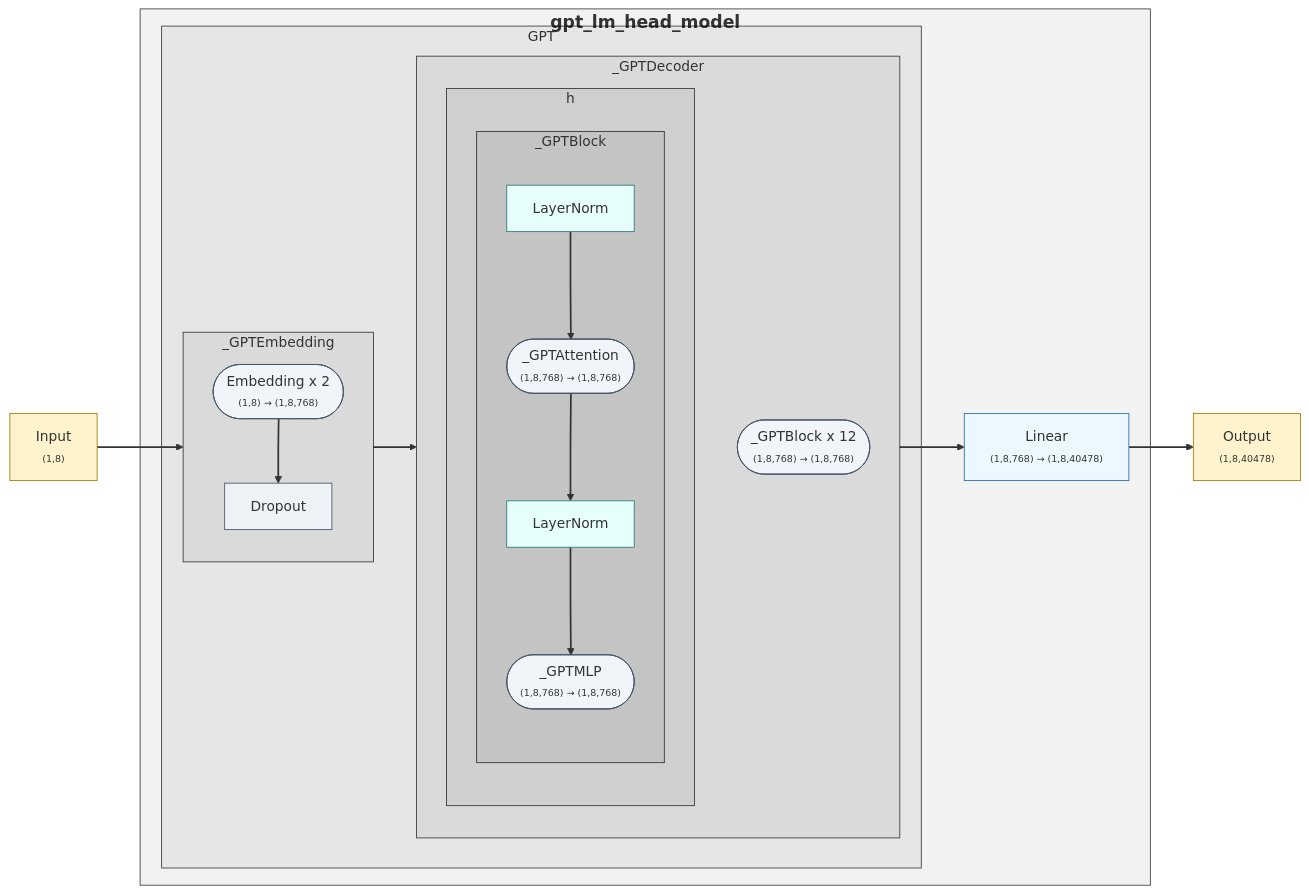
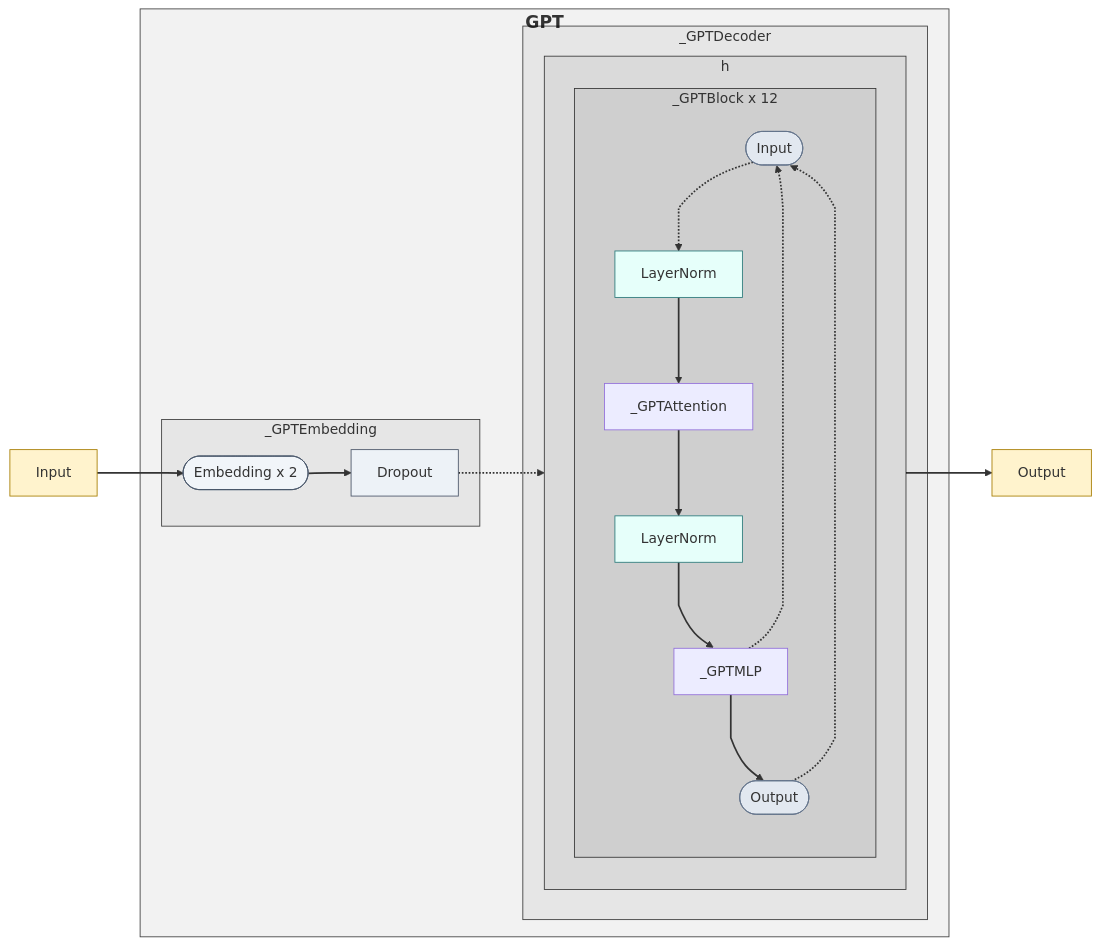
The diagram in docs/source/models/text/gpt/GPT.rst (ChanLumerico/lucid), drawn with Mermaid before and after one commit. The commit also changed 767 other files, not shown here.

```diff
--- a/docs/source/models/text/gpt/GPT.rst
+++ b/docs/source/models/text/gpt/GPT.rst
@@ -22,56 +22,52 @@
 .. mermaid::
     :name: GPT
 
     %%{init: {"flowchart":{"curve":"monotoneX","nodeSpacing":50,"rankSpacing":50}} }%%
     flowchart LR
     linkStyle default stroke-width:2.0px
-    subgraph sg_m0["<span style='font-size:20px;font-weight:700'>gpt_lm_head_model</span>"]
+    subgraph sg_m0["<span style='font-size:20px;font-weight:700'>GPT</span>"]
     style sg_m0 fill:#000000,fill-opacity:0.05,stroke:#000000,stroke-opacity:0.75,stroke-width:1px
-        subgraph sg_m1["GPT"]
+        subgraph sg_m1["_GPTEmbedding"]
         style sg_m1 fill:#000000,fill-opacity:0.05,stroke:#000000,stroke-opacity:0.75,stroke-width:1px
-        subgraph sg_m2["_GPTEmbedding"]
-            direction TB;
-        style sg_m2 fill:#000000,fill-opacity:0.05,stroke:#000000,stroke-opacity:0.75,stroke-width:1px
-            m3(["Embedding x 2<br/><span style='font-size:11px;color:#475569;font-weight:400'>(1,8) → (1,8,768)</span>"]);
-            m4["Dropout"];
+        m2(["Embedding x 2"]);
+        m3["Dropout"];
         end
-        subgraph sg_m5["_GPTDecoder"]
+        subgraph sg_m4["_GPTDecoder"]
+        style sg_m4 fill:#000000,fill-opacity:0.05,stroke:#000000,stroke-opacity:0.75,stroke-width:1px
+        subgraph sg_m5["h"]
             direction TB;
         style sg_m5 fill:#000000,fill-opacity:0.05,stroke:#000000,stroke-opacity:0.75,stroke-width:1px
-            subgraph sg_m6["h"]
+            subgraph sg_m6["_GPTBlock x 12"]
             direction TB;
             style sg_m6 fill:#000000,fill-opacity:0.05,stroke:#000000,stroke-opacity:0.75,stroke-width:1px
-                subgraph sg_m7["_GPTBlock"]
-                direction TB;
-                style sg_m7 fill:#000000,fill-opacity:0.05,stroke:#000000,stroke-opacity:0.75,stroke-width:1px
-                    m8["LayerNorm"];
-                    m9(["_GPTAttention<br/><span style='font-size:11px;font-weight:400'>(1,8,768) → (1,8,768)</span>"]);
-                    m10["LayerNorm"];
-                    m11(["_GPTMLP<br/><span style='font-size:11px;font-weight:400'>(1,8,768) → (1,8,768)</span>"]);
-                end
+            m6_in(["Input"]);
+            m6_out(["Output"]);
+    style m6_in fill:#e2e8f0,stroke:#64748b,stroke-width:1px;
+    style m6_out fill:#e2e8f0,stroke:#64748b,stroke-width:1px;
+            m7["LayerNorm"];
+            m8["_GPTAttention"];
+            m9["LayerNorm"];
+            m10["_GPTMLP"];
             end
-            m12(["_GPTBlock x 12<br/><span style='font-size:11px;font-weight:400'>(1,8,768) → (1,8,768)</span>"]);
         end
         end
-        m13["Linear<br/><span style='font-size:11px;color:#2b6cb0;font-weight:400'>(1,8,768) → (1,8,40478)</span>"];
     end
-    input["Input<br/><span style='font-size:11px;color:#a67c00;font-weight:400'>(1,8)</span>"];
-    output["Output<br/><span style='font-size:11px;color:#a67c00;font-weight:400'>(1,8,40478)</span>"];
+    input["Input"];
+    output["Output"];
     style input fill:#fff3cd,stroke:#a67c00,stroke-width:1px;
     style output fill:#fff3cd,stroke:#a67c00,stroke-width:1px;
-    style m3 fill:#f1f5f9,stroke:#475569,stroke-width:1px;
-    style m4 fill:#edf2f7,stroke:#4a5568,stroke-width:1px;
-    style m8 fill:#e6fffa,stroke:#2c7a7b,stroke-width:1px;
-    style m9 fill:#f1f5f9,stroke:#475569,stroke-width:1px;
-    style m10 fill:#e6fffa,stroke:#2c7a7b,stroke-width:1px;
-    style m11 fill:#f1f5f9,stroke:#475569,stroke-width:1px;
-    style m12 fill:#f1f5f9,stroke:#475569,stroke-width:1px;
-    style m13 fill:#ebf8ff,stroke:#2b6cb0,stroke-width:1px;
-    input --> m3;
-    m3 --> m4;
-    m4 --> m12;
-    m12 --> m13;
-    m13 --> output;
+    style m2 fill:#f1f5f9,stroke:#475569,stroke-width:1px;
+    style m3 fill:#edf2f7,stroke:#4a5568,stroke-width:1px;
+    style m7 fill:#e6fffa,stroke:#2c7a7b,stroke-width:1px;
+    style m9 fill:#e6fffa,stroke:#2c7a7b,stroke-width:1px;
+    input --> m2;
+    m10 -.-> m6_in;
+    m10 --> m6_out;
+    m2 --> m3;
+    m3 -.-> m7;
+    m6_in -.-> m7;
+    m6_out -.-> m6_in;
+    m6_out --> output;
+    m7 --> m8;
     m8 --> m9;
     m9 --> m10;
-    m10 --> m11;
```
